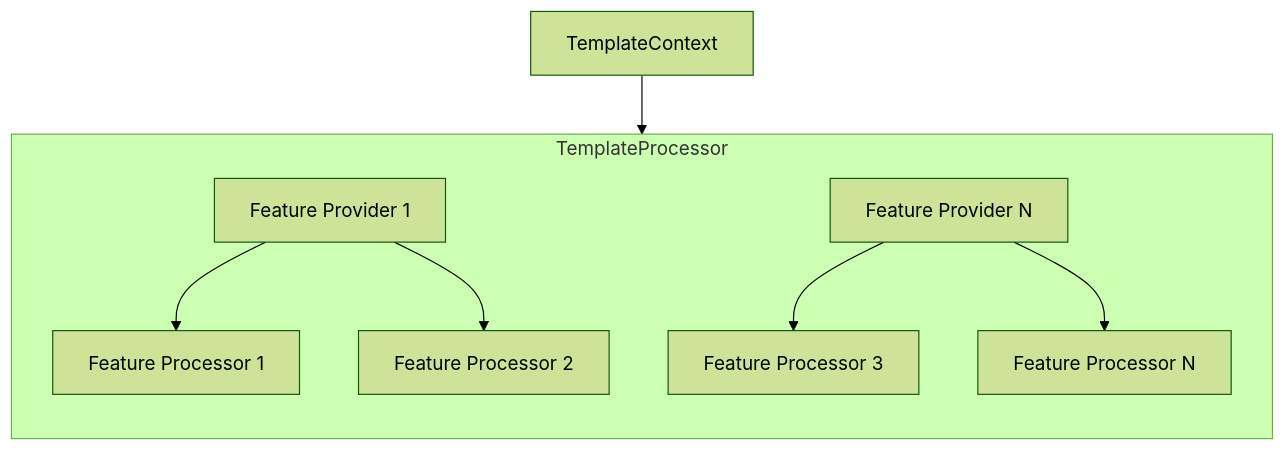
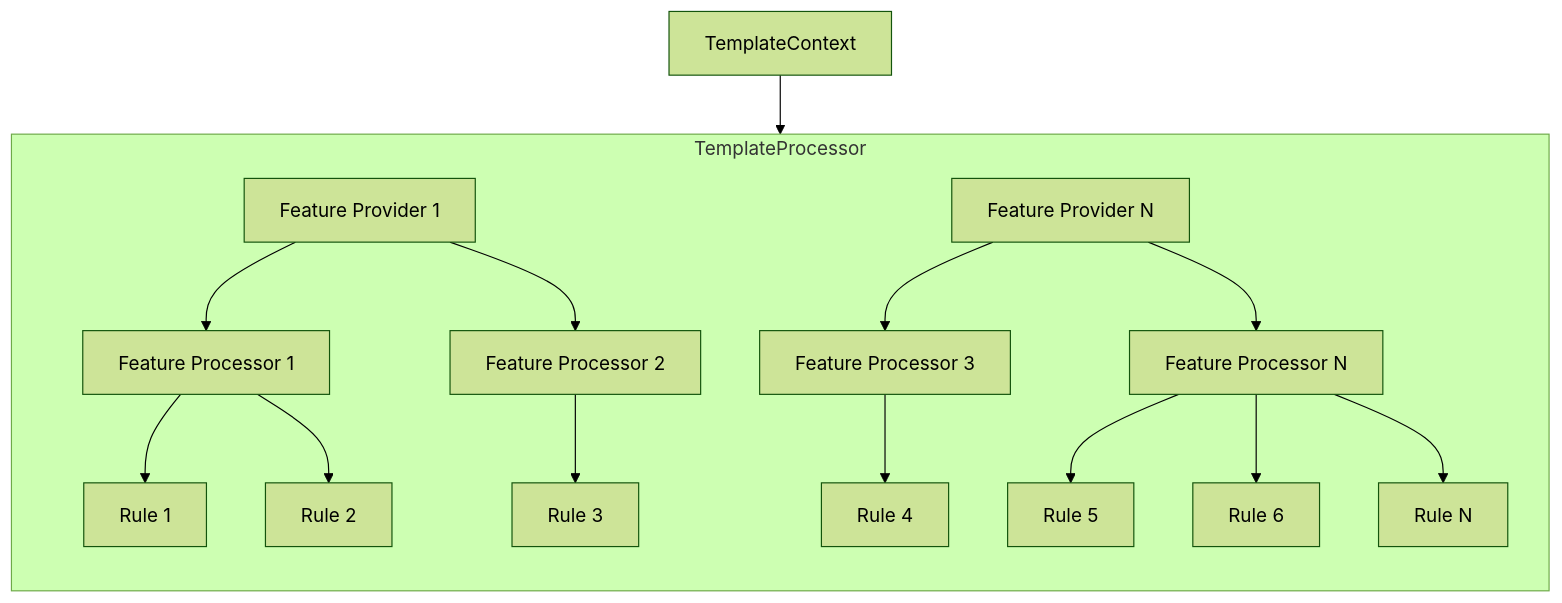
One commit to kotlitecture/kotli-engine changed the third of 8 diagrams in README.md. Above: the diagram before and after it, drawn with Mermaid (forest theme). The commit also changed other lines of this file and 5 other files, not shown here.

````diff
--- a/README.md
+++ b/README.md
@@ -90,22 +107,36 @@
 ```mermaid
 graph TD
    class TemplateProcessor abstract
    class FeatureProcessor abstract
    class FeatureProvider abstract
    class TemplateContext abstract
    subgraph TemplateProcessor
        direction TB
        FP1["Feature Provider 1"]
        FPN["Feature Provider N"]
        P1["Feature Processor 1"]
        P2["Feature Processor 2"]
        P3["Feature Processor 3"]
        PN["Feature Processor N"]
+       R1["Rule 1"]
+       R2["Rule 2"]
+       R3["Rule 3"]
+       R4["Rule 4"]
+       R5["Rule 5"]
+       R6["Rule 6"]
+       RN["Rule N"]
        FP1 --> P1
        FP1 --> P2
        FPN --> P3
        FPN --> PN
+       P1 --> R1
+       P1 --> R2
+       P2 --> R3
+       P3 --> R4
+       PN --> R5
+       PN --> R6
+       PN --> RN
    end
 
    TemplateContext --> TemplateProcessor
 ```
````
